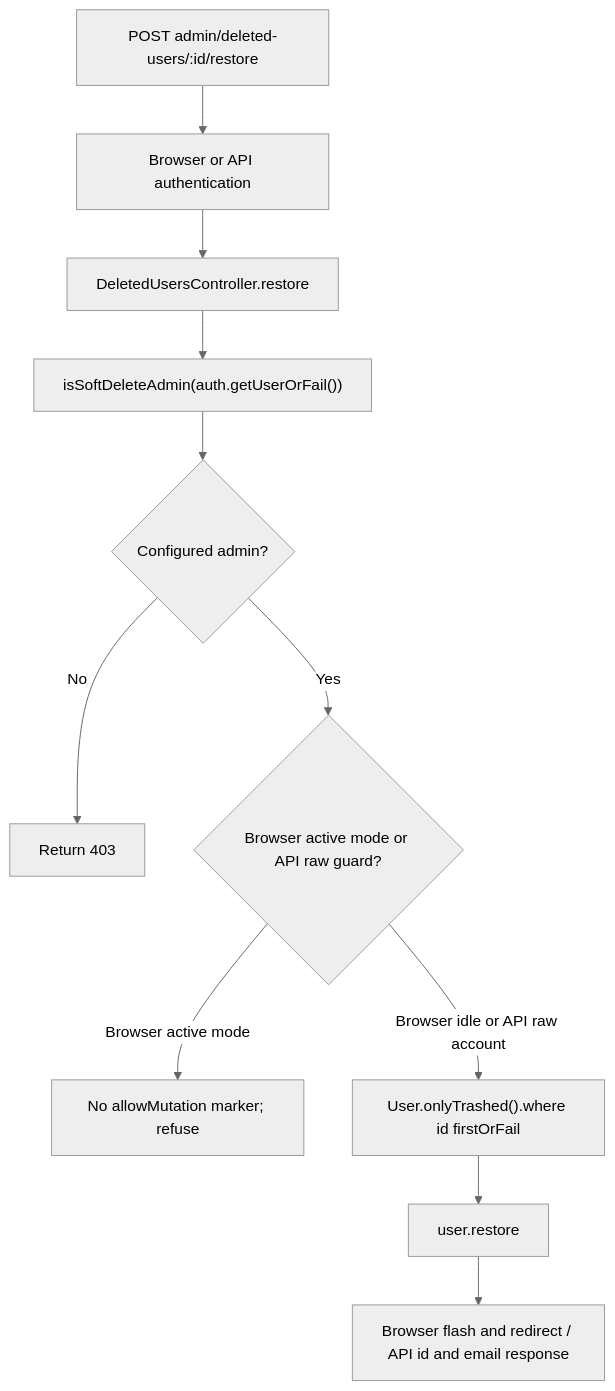
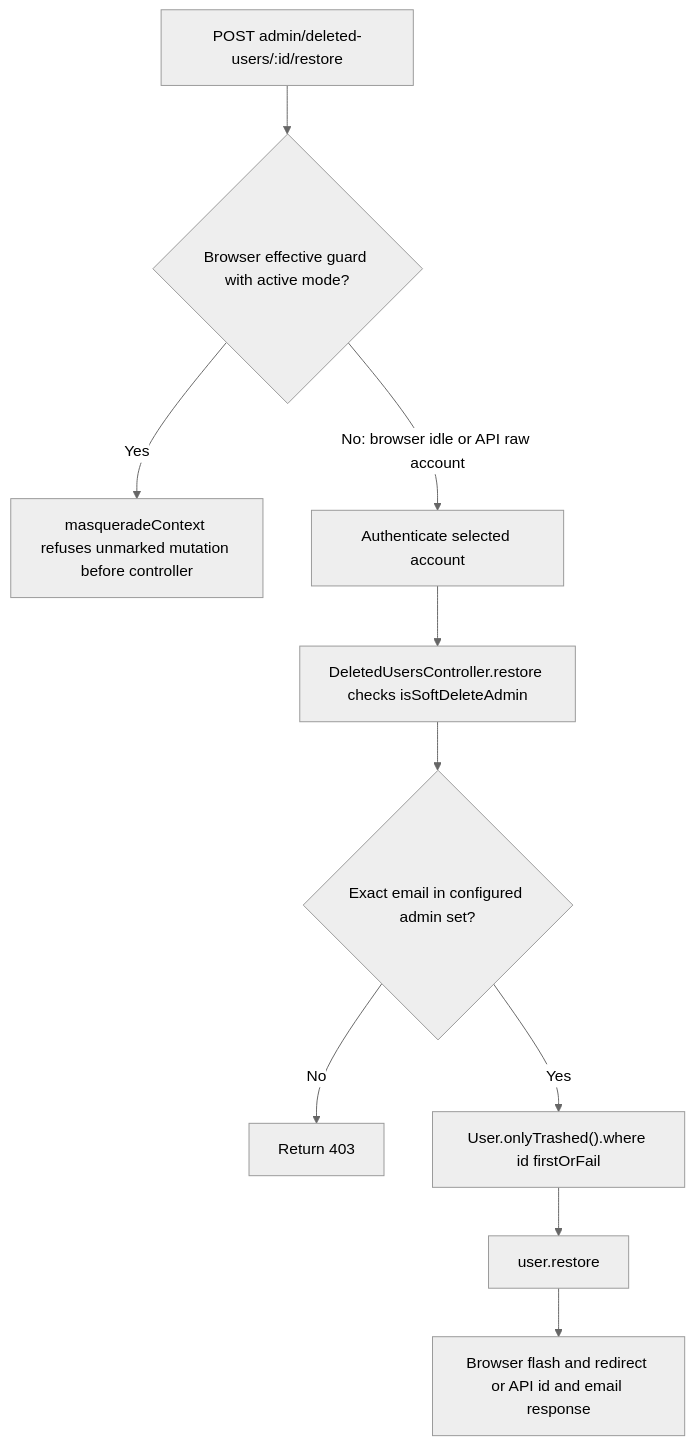
One commit to Kevinjohn/oss-adonisjs-starter-examples changed the second of 2 diagrams in user-stories/soft-delete/us-delete-03-restore-deleted-account.md. Above: the diagram before and after it, drawn with Mermaid (neutral theme). The commit also changed other lines of this file and 3 other files, not shown here.

````diff
--- a/user-stories/soft-delete/us-delete-03-restore-deleted-account.md
+++ b/user-stories/soft-delete/us-delete-03-restore-deleted-account.md
@@ -39,13 +39,12 @@
 ```mermaid
 flowchart TD
-    A["POST admin/deleted-users/:id/restore"] --> B["Browser or API authentication"]
-    B --> C["DeletedUsersController.restore"]
-    C --> D["isSoftDeleteAdmin(auth.getUserOrFail())"]
-    D --> E{"Configured admin?"}
-    E -->|No| F["Return 403"]
-    E -->|Yes| G{"Browser active mode or API raw guard?"}
-    G -->|Browser active mode| H["No allowMutation marker; refuse"]
-    G -->|Browser idle or API raw account| I["User.onlyTrashed().where id firstOrFail"]
-    I --> J["user.restore"]
-    J --> K["Browser flash and redirect / API id and email response"]
+    A["POST admin/deleted-users/:id/restore"] --> B{"Browser effective guard with active mode?"}
+    B -->|Yes| C["masqueradeContext refuses unmarked mutation before controller"]
+    B -->|No: browser idle or API raw account| D["Authenticate selected account"]
+    D --> E["DeletedUsersController.restore checks isSoftDeleteAdmin"]
+    E --> F{"Exact email in configured admin set?"}
+    F -->|No| G["Return 403"]
+    F -->|Yes| H["User.onlyTrashed().where id firstOrFail"]
+    H --> I["user.restore"]
+    I --> J["Browser flash and redirect or API id and email response"]
 ```
````
